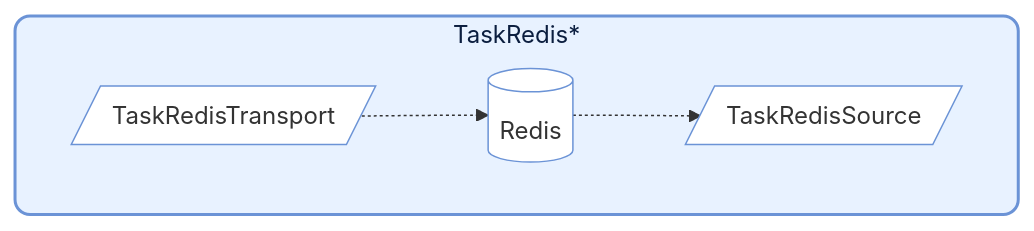
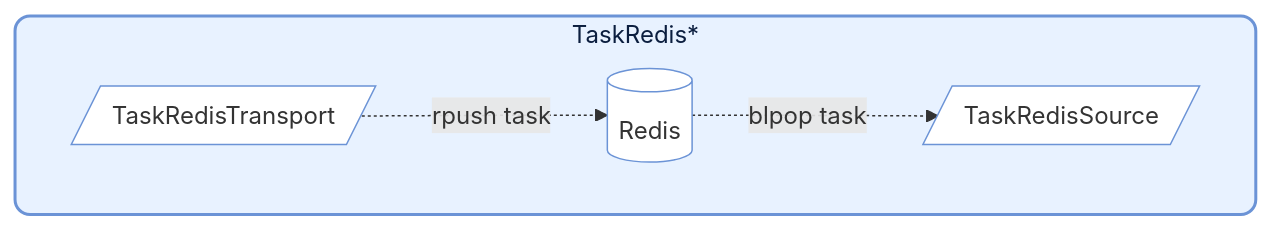
Before and after one commit to Mr-xiaotian/CelestialFlow: the third of 4 diagrams in docs/en/src/stage/core_stages.md, drawn with Mermaid. The commit also changed other lines of this file and 278 other files, not shown here.

````diff
--- a/docs/en/src/stage/core_stages.md
+++ b/docs/en/src/stage/core_stages.md
@@ -149,27 +160,27 @@
 ```mermaid
 flowchart LR
     subgraph TG[TaskRedis*]
         direction LR
 
         TRSI[/TaskRedisTransport/]
         TRSO[/TaskRedisSource/]
 
         RE[(Redis)]
 
-        TRSI -.-> RE -.->  TRSO
+        TRSI -.->|rpush task| RE -.->|blpop task| TRSO
 
     end
 
-    %% 美化 TaskGraph 外框
+    %% TaskGraph outer frame styling
     style TG fill:#e8f2ff,stroke:#6b93d6,stroke-width:2px,color:#0b1e3f,rx:10px,ry:10px
 
-    %% 统一美化格式
+    %% Unified styling
     classDef blueNode fill:#ffffff,stroke:#6b93d6,rx:6px,ry:6px;
 
-    %% 美化 特殊Stage
+    %% Special Stage styling
     class TRSI,TRSO blueNode;
 
-    %% 美化 外部结构
+    %% External structure styling
     class RE blueNode;
 
 ```
````
